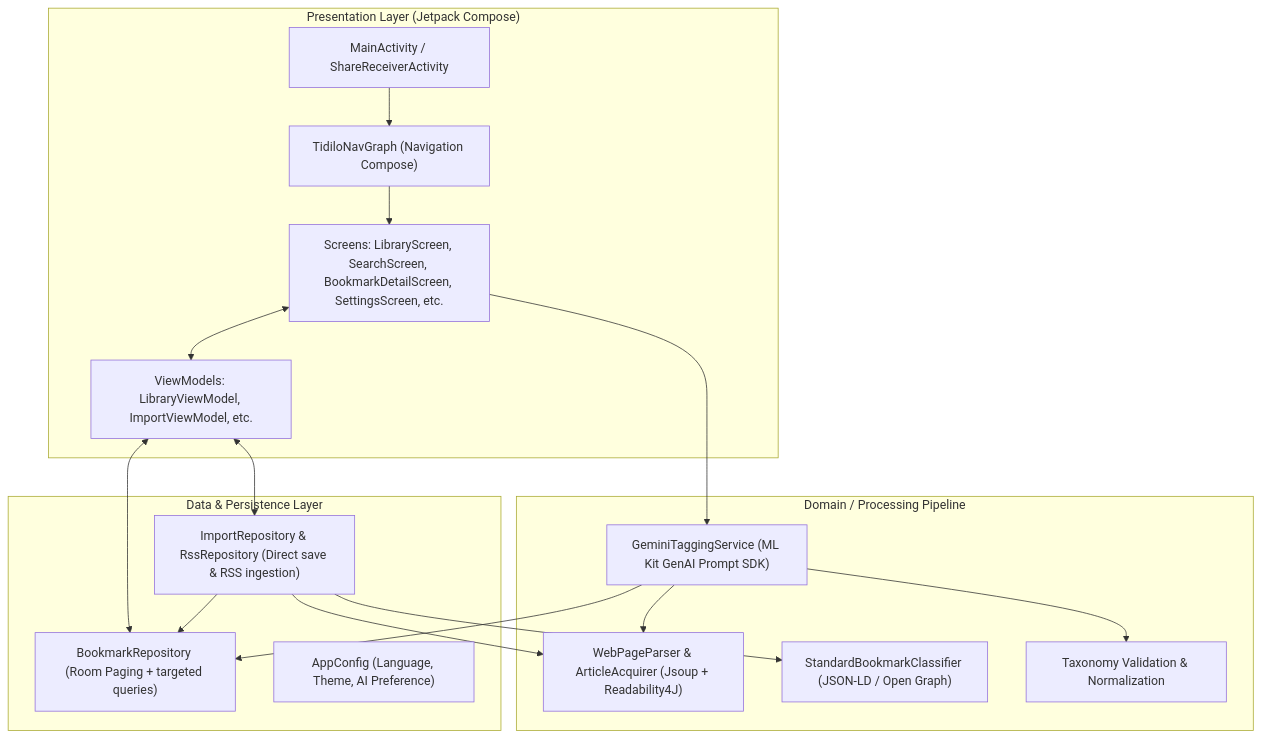
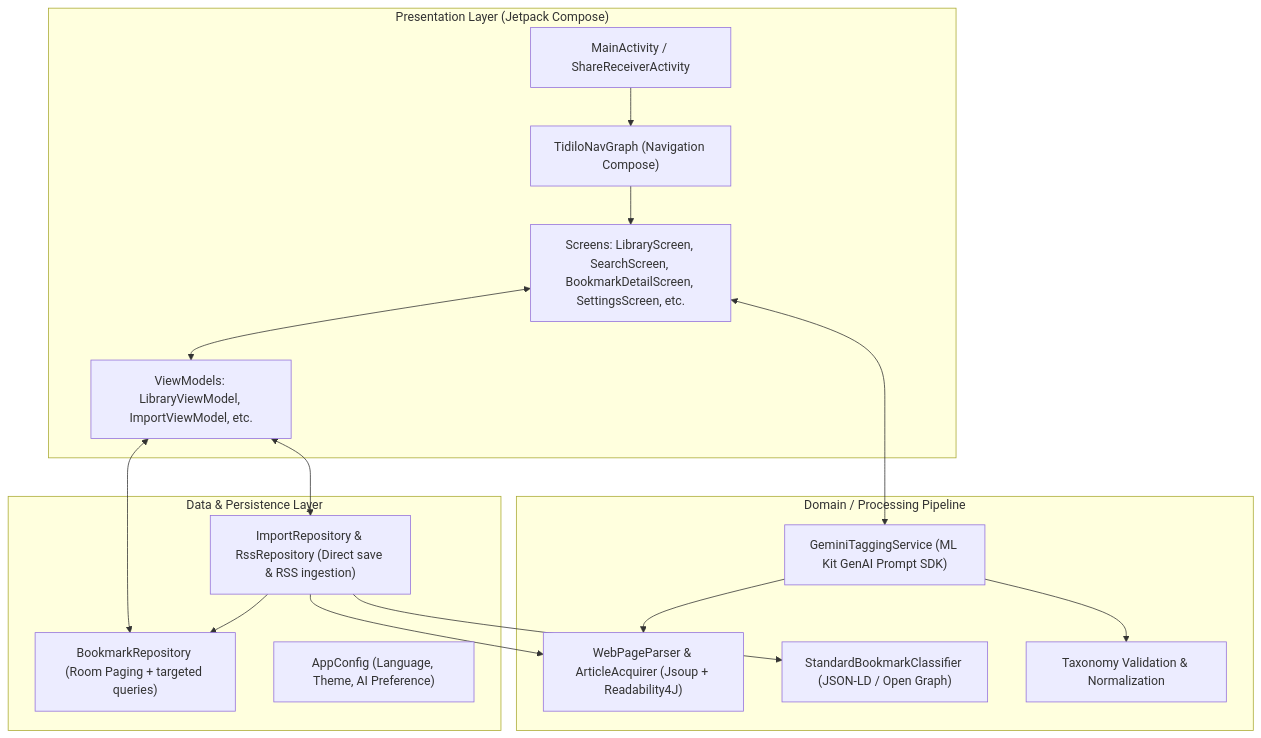
The diagram in docs/overview.md (bubblespark/Tidilo), drawn with Mermaid before and after one commit. The commit also changed other lines of this file and 5 other files, not shown here.

````diff
--- a/docs/overview.md
+++ b/docs/overview.md
@@ -23,35 +24,34 @@
 ```mermaid
 flowchart TD
     subgraph UI_Layer ["Presentation Layer (Jetpack Compose)"]
         Activity["MainActivity / ShareReceiverActivity"]
         NavGraph["TidiloNavGraph (Navigation Compose)"]
         Screens["Screens: LibraryScreen, SearchScreen, BookmarkDetailScreen, SettingsScreen, etc."]
         ViewModels["ViewModels: LibraryViewModel, ImportViewModel, etc."]
     end
 
     subgraph Service_Layer ["Domain / Processing Pipeline"]
         Scraper["WebPageParser & ArticleAcquirer (Jsoup + Readability4J)"]
         Classifier["StandardBookmarkClassifier (JSON-LD / Open Graph)"]
         AICoreService["GeminiTaggingService (ML Kit GenAI Prompt SDK)"]
         TaxonomyEngine["Taxonomy Validation & Normalization"]
     end
 
     subgraph Data_Layer ["Data & Persistence Layer"]
         BRepo["BookmarkRepository (Room Paging + targeted queries)"]
         IRepo["ImportRepository & RssRepository (Direct save & RSS ingestion)"]
         Config["AppConfig (Language, Theme, AI Preference)"]
     end
 
     Activity --> NavGraph
     NavGraph --> Screens
     Screens <--> ViewModels
     ViewModels <--> BRepo
     ViewModels <--> IRepo
     IRepo --> Scraper
     IRepo --> Classifier
     IRepo --> BRepo
-    Screens --> AICoreService
+    Screens <--> AICoreService
     AICoreService --> Scraper
     AICoreService --> TaxonomyEngine
-    AICoreService --> BRepo
 ```
````
